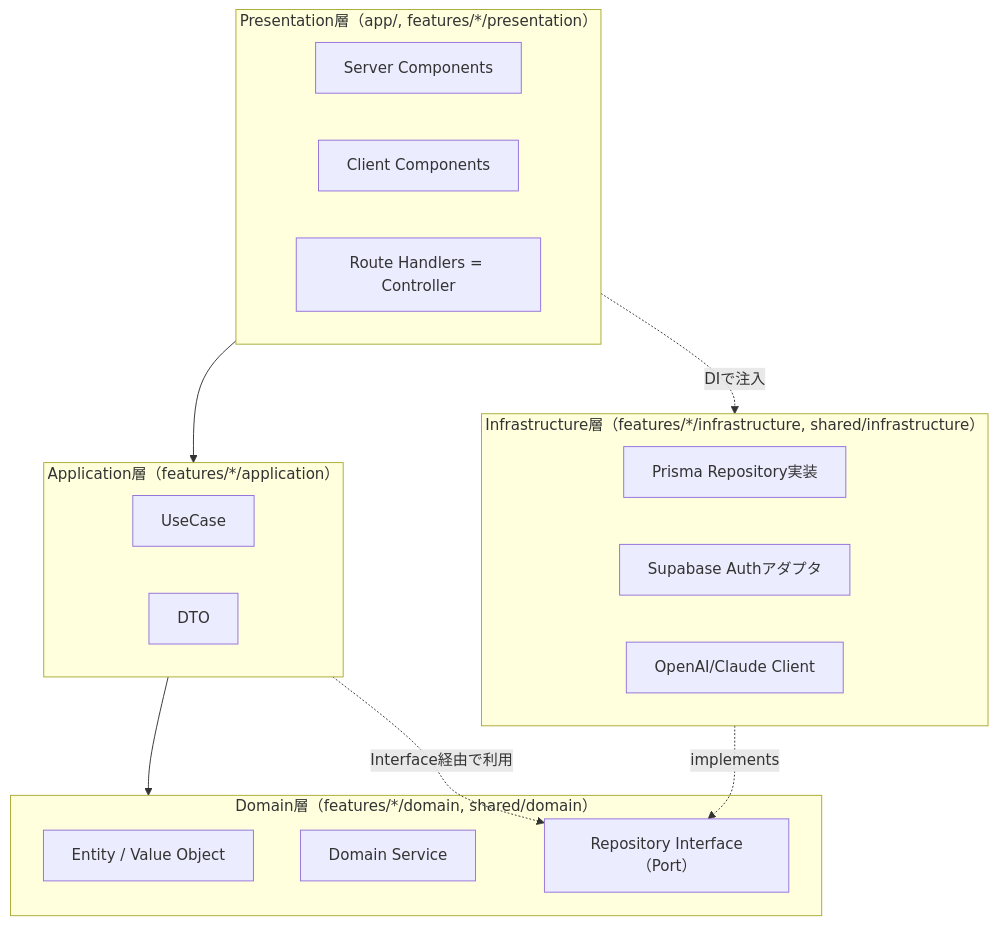
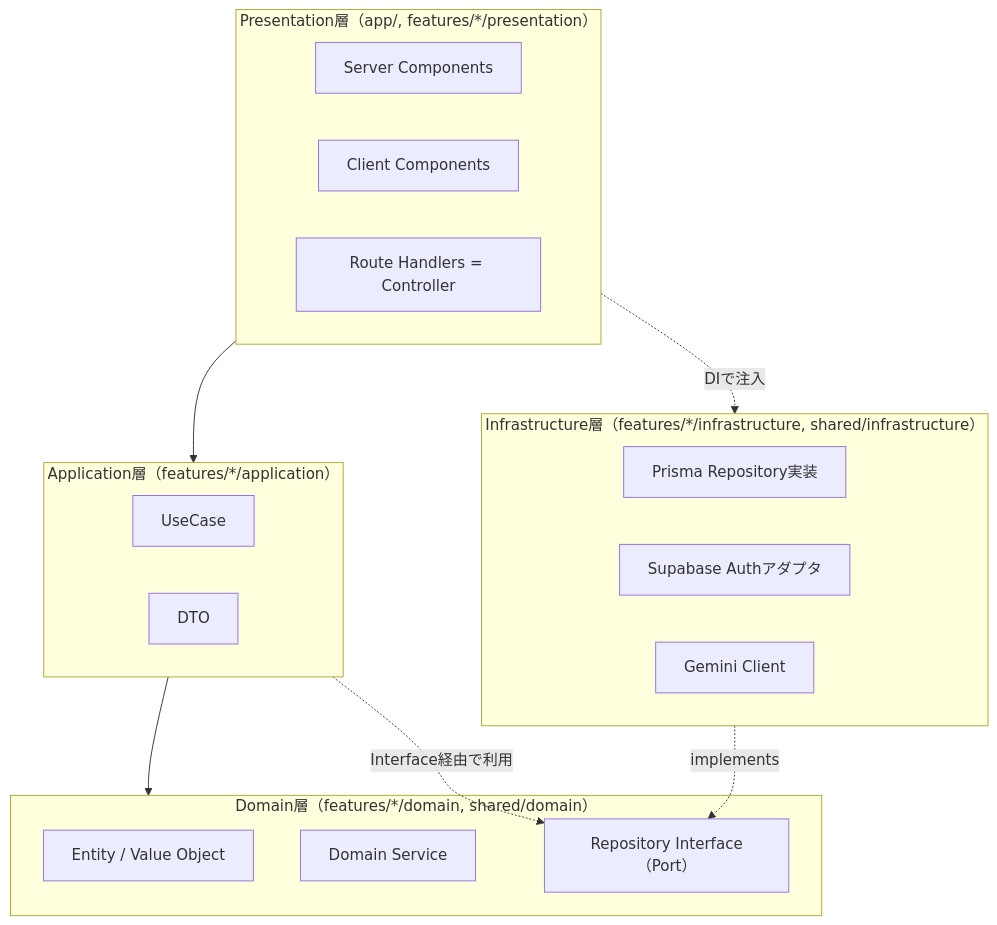
One commit to skyley0501-pixel/realestate-market-dashboard changed the first of 3 diagrams in docs/design.md. Above: the diagram before and after it, drawn with Mermaid. The commit also changed other lines of this file and 7 other files, not shown here.

First line of the commit message:
feat(conversation): add LlmClient abstraction with Gemini adapter

````diff
--- a/docs/design.md
+++ b/docs/design.md
@@ -41,28 +41,28 @@
 ```mermaid
 flowchart TB
     subgraph Presentation["Presentation層（app/, features/*/presentation）"]
         P1[Server Components]
         P2[Client Components]
         P3[Route Handlers = Controller]
     end
     subgraph Application["Application層（features/*/application）"]
         A1[UseCase]
         A2[DTO]
     end
     subgraph Domain["Domain層（features/*/domain, shared/domain）"]
         D1[Entity / Value Object]
         D2[Domain Service]
         D3["Repository Interface（Port）"]
     end
     subgraph Infrastructure["Infrastructure層（features/*/infrastructure, shared/infrastructure）"]
         I1[Prisma Repository実装]
         I2[Supabase Authアダプタ]
-        I3[OpenAI/Claude Client]
+        I3[Gemini Client]
     end
 
     Presentation --> Application
     Application --> Domain
     Infrastructure -. implements .-> D3
     Presentation -. DIで注入 .-> Infrastructure
     Application -. Interface経由で利用 .-> D3
 ```
````
